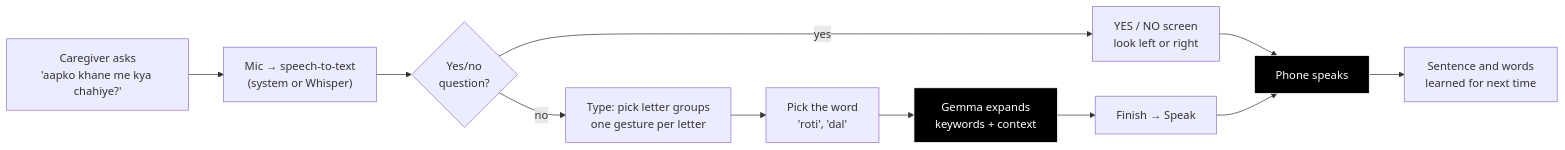
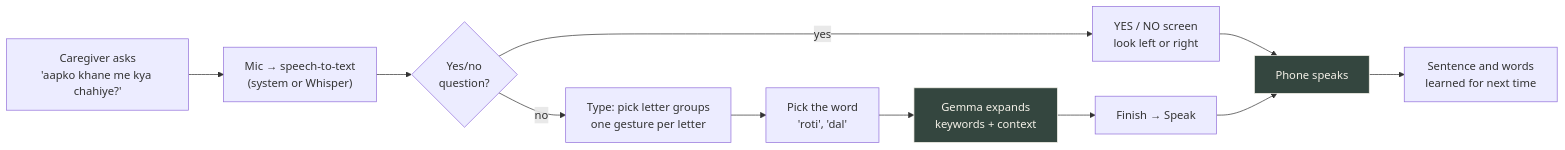
One commit to mridulbansal4/Vakyam_2 changed the first of 3 diagrams in README.md. Above: the diagram before and after it, drawn with Mermaid. The commit also changed other lines of this file and 18 other files, not shown here.

````diff
--- a/README.md
+++ b/README.md
@@ -214,15 +214,15 @@
 ```mermaid
 flowchart LR
     A["Caregiver asks<br/>'aapko khane me kya chahiye?'"] --> B["Mic → speech-to-text<br/>(system or Whisper)"]
     B --> C{"Yes/no<br/>question?"}
     C -- yes --> D["YES / NO screen<br/>look left or right"]
     C -- no --> E["Type: pick letter groups<br/>one gesture per letter"]
     E --> F["Pick the word<br/>'roti', 'dal'"]
     F --> G["Gemma expands<br/>keywords + context"]
     G --> H["Finish → Speak"]
     D --> I["Phone speaks"]
     H --> I
     I --> J["Sentence and words<br/>learned for next time"]
-    style G fill:#000000,stroke:#ffffff,color:#ffffff
-    style I fill:#000000,stroke:#ffffff,color:#ffffff
+    style G fill:#34463F,stroke:#F4F1E8,color:#F4F1E8
+    style I fill:#34463F,stroke:#F4F1E8,color:#F4F1E8
 ```
````
